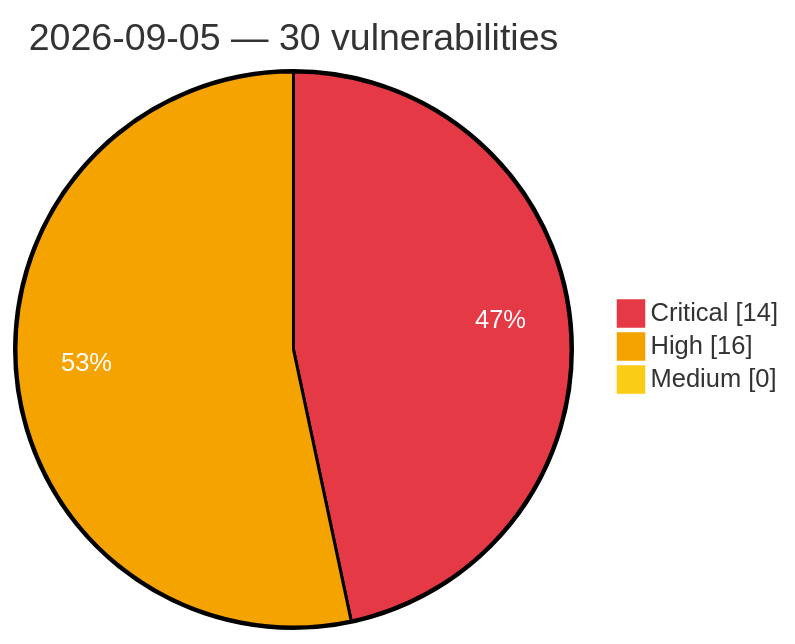
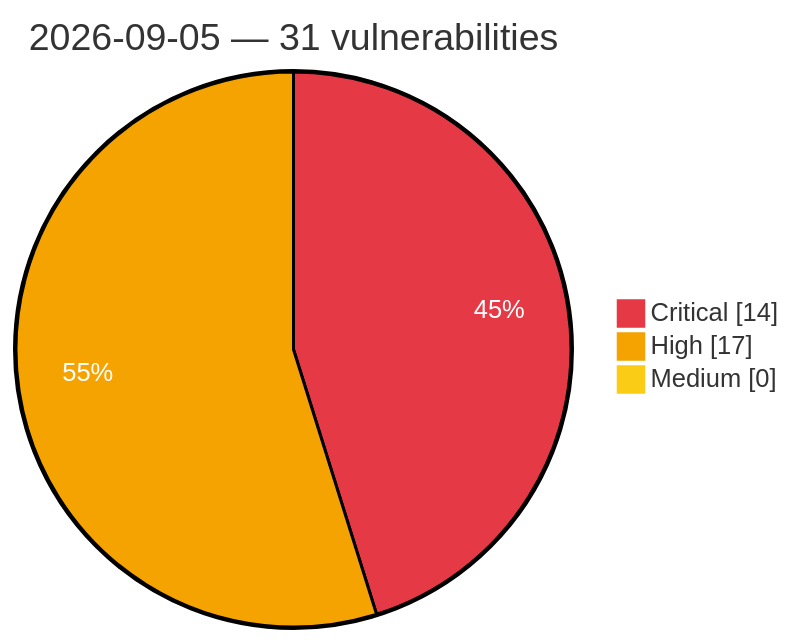
The diagram in vulnerabilities/2026/September/2026-09-05.md (GhostX0X/vuln-tracker), drawn with Mermaid before and after one commit. The commit also changed other lines of this file and 5 other files, not shown here.

````diff
--- a/vulnerabilities/2026/September/2026-09-05.md
+++ b/vulnerabilities/2026/September/2026-09-05.md
@@ -3,8 +3,8 @@
 ```mermaid
 %%{init: {'theme':'base', 'themeVariables': {'pie1':'#e63946', 'pie2':'#f4a300', 'pie3':'#facc15', 'pieOpacity':'1', 'pieOuterStrokeWidth':'2px', 'pieSectionTextColor':'#ffffff'}}}%%
 pie showData
-    title 2026-09-05 — 30 vulnerabilities
+    title 2026-09-05 — 31 vulnerabilities
     "Critical" : 14
-    "High" : 16
+    "High" : 17
     "Medium" : 0
 ```
````
